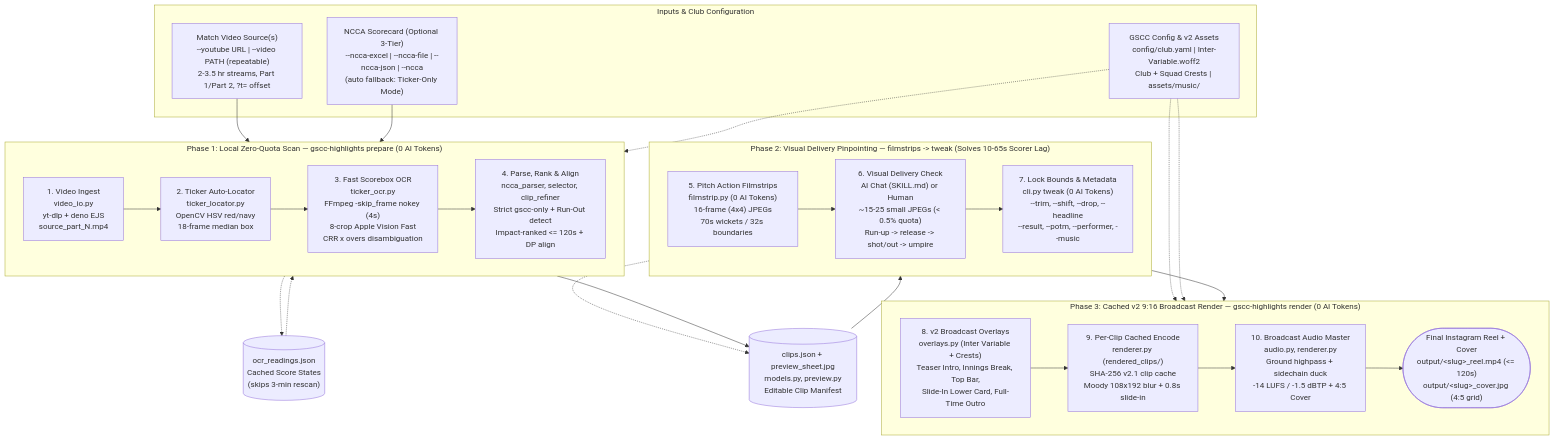
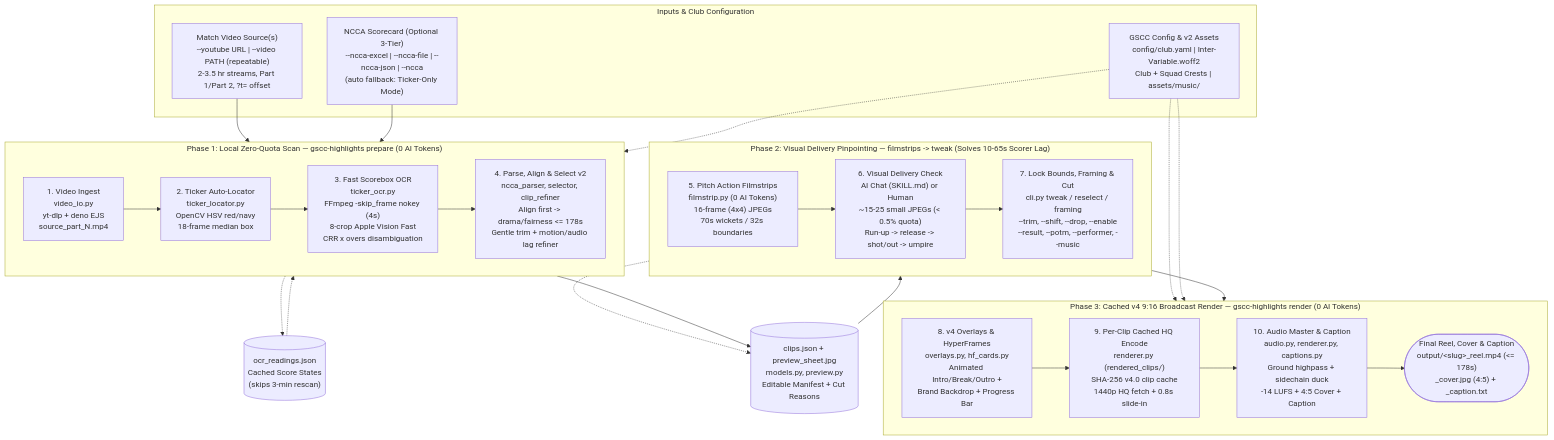
One commit to ajthakare/goldenstatecc changed the diagram in utils/social/highlight-reel/README.md. Above: the diagram before and after it, drawn with Mermaid. The commit also changed other lines of this file and 29 other files, not shown here.

Commit message:
feat(highlight-reel): add v4 HyperFrames cards, Selection v2, dynamic badges, captions & path guards

````diff
--- a/utils/social/highlight-reel/README.md
+++ b/utils/social/highlight-reel/README.md
@@ -46,49 +45,49 @@
 ```mermaid
 flowchart TB
     subgraph INPUTS["Inputs & Club Configuration"]
         YT["Match Video Source(s)<br/>--youtube URL | --video PATH (repeatable)<br/>2-3.5 hr streams, Part 1/Part 2, ?t= offset"]
         NCCA["NCCA Scorecard (Optional 3-Tier)<br/>--ncca-excel | --ncca-file | --ncca-json | --ncca<br/>(auto fallback: Ticker-Only Mode)"]
         CFG["GSCC Config & v2 Assets<br/>config/club.yaml | Inter-Variable.woff2<br/>Club + Squad Crests | assets/music/"]
     end
 
     subgraph PREPARE["Phase 1: Local Zero-Quota Scan — gscc-highlights prepare (0 AI Tokens)"]
         direction LR
         VIO["1. Video Ingest<br/>video_io.py<br/>yt-dlp + deno EJS<br/>source_part_N.mp4"]
         LOC["2. Ticker Auto-Locator<br/>ticker_locator.py<br/>OpenCV HSV red/navy<br/>18-frame median box"]
         OCR["3. Fast Scorebox OCR<br/>ticker_ocr.py<br/>FFmpeg -skip_frame nokey (4s)<br/>8-crop Apple Vision Fast<br/>CRR x overs disambiguation"]
-        ALIGN["4. Parse, Rank & Align<br/>ncca_parser, selector, clip_refiner<br/>Strict gscc-only + Run-Out detect<br/>Impact-ranked <= 120s + DP align"]
+        ALIGN["4. Parse, Align & Select v2<br/>ncca_parser, selector, clip_refiner<br/>Align first -> drama/fairness <= 178s<br/>Gentle trim + motion/audio lag refiner"]
         VIO --> LOC --> OCR --> ALIGN
     end
 
     CACHE_OCR[("ocr_readings.json<br/>Cached Score States<br/>(skips 3-min rescan)")]
-    MANIFEST[("clips.json + preview_sheet.jpg<br/>models.py, preview.py<br/>Editable Clip Manifest")]
+    MANIFEST[("clips.json + preview_sheet.jpg<br/>models.py, preview.py<br/>Editable Manifest + Cut Reasons")]
 
     subgraph PINPOINT["Phase 2: Visual Delivery Pinpointing — filmstrips -> tweak (Solves 10-65s Scorer Lag)"]
         direction LR
         FS["5. Pitch Action Filmstrips<br/>filmstrip.py (0 AI Tokens)<br/>16-frame (4x4) JPEGs<br/>70s wickets / 32s boundaries"]
         VERIFY["6. Visual Delivery Check<br/>AI Chat (SKILL.md) or Human<br/>~15-25 small JPEGs (< 0.5% quota)<br/>Run-up -> release -> shot/out -> umpire"]
-        TWEAK["7. Lock Bounds & Metadata<br/>cli.py tweak (0 AI Tokens)<br/>--trim, --shift, --drop, --headline<br/>--result, --potm, --performer, --music"]
+        TWEAK["7. Lock Bounds, Framing & Cut<br/>cli.py tweak / reselect / framing<br/>--trim, --shift, --drop, --enable<br/>--result, --potm, --performer, --music"]
         FS --> VERIFY --> TWEAK
     end
 
-    subgraph RENDER["Phase 3: Cached v2 9:16 Broadcast Render — gscc-highlights render (0 AI Tokens)"]
+    subgraph RENDER["Phase 3: Cached v4 9:16 Broadcast Render — gscc-highlights render (0 AI Tokens)"]
         direction LR
-        OVL["8. v2 Broadcast Overlays<br/>overlays.py (Inter Variable + Crests)<br/>Teaser Intro, Innings Break, Top Bar,<br/>Slide-In Lower Card, Full-Time Outro"]
-        ENC["9. Per-Clip Cached Encode<br/>renderer.py (rendered_clips/)<br/>SHA-256 v2.1 clip cache<br/>Moody 108x192 blur + 0.8s slide-in"]
-        MIX["10. Broadcast Audio Master<br/>audio.py, renderer.py<br/>Ground highpass + sidechain duck<br/>-14 LUFS / -1.5 dBTP + 4:5 Cover"]
-        OUT(["Final Instagram Reel + Cover<br/>output/&lt;slug&gt;_reel.mp4 (<= 120s)<br/>output/&lt;slug&gt;_cover.jpg (4:5 grid)"])
+        OVL["8. v4 Overlays & HyperFrames<br/>overlays.py, hf_cards.py<br/>Animated Intro/Break/Outro +<br/>Brand Backdrop + Progress Bar"]
+        ENC["9. Per-Clip Cached HQ Encode<br/>renderer.py (rendered_clips/)<br/>SHA-256 v4.0 clip cache<br/>1440p HQ fetch + 0.8s slide-in"]
+        MIX["10. Audio Master & Caption<br/>audio.py, renderer.py, captions.py<br/>Ground highpass + sidechain duck<br/>-14 LUFS + 4:5 Cover + Caption"]
+        OUT(["Final Reel, Cover & Caption<br/>output/&lt;slug&gt;_reel.mp4 (<= 178s)<br/>_cover.jpg (4:5) + _caption.txt"])
         OVL --> ENC --> MIX --> OUT
     end
 
     YT --> VIO
     NCCA --> ALIGN
     CFG -.-> ALIGN
     CFG -.-> OVL
     CFG -.-> MIX
     OCR -.-> CACHE_OCR
     CACHE_OCR -.-> OCR
     ALIGN --> MANIFEST
     MANIFEST --> FS
     TWEAK -.-> MANIFEST
     TWEAK --> OVL
 ```
````
